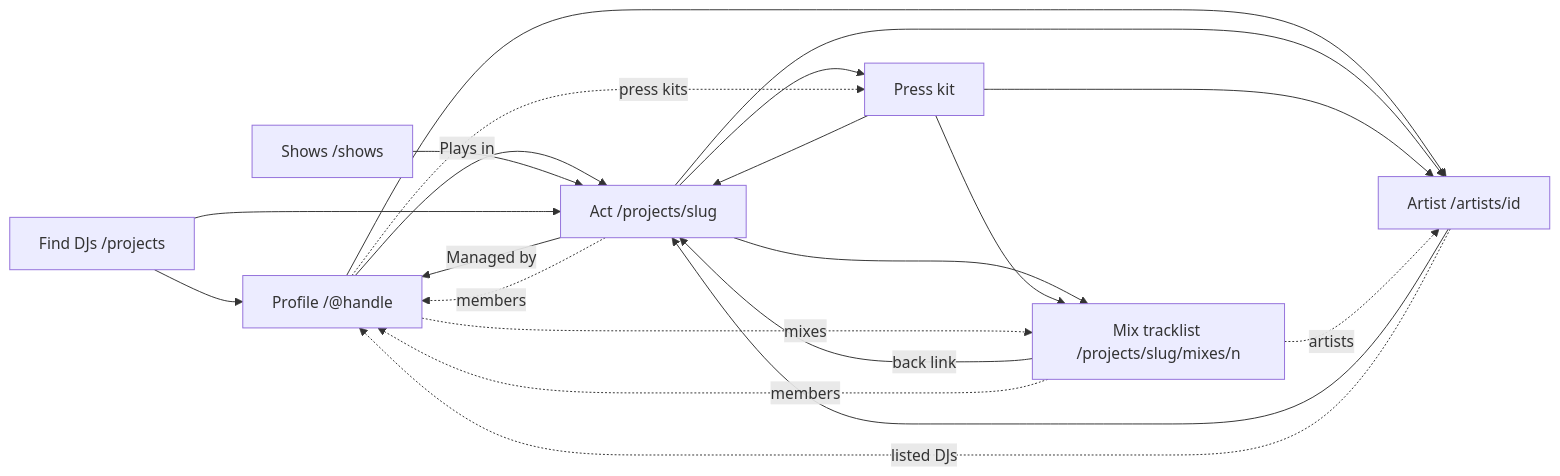
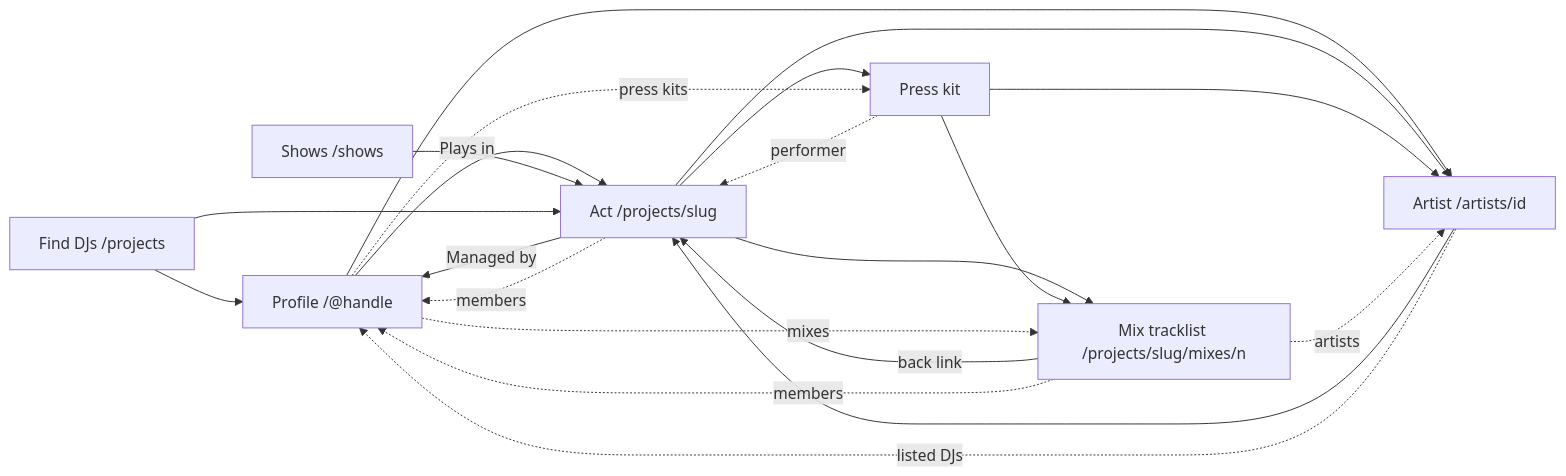
Before and after one commit to cutenode/localnetwork: the second of 2 diagrams in docs/link-matrix.md, drawn with Mermaid. The commit also changed other lines of this file and 9 other files, not shown here.

````diff
--- a/docs/link-matrix.md
+++ b/docs/link-matrix.md
@@ -236,31 +238,31 @@
 ```mermaid
 flowchart LR
     profile["Profile /@handle"]
     act["Act /projects/slug"]
     kit["Press kit"]
     mix["Mix tracklist /projects/slug/mixes/n"]
     shows["Shows /shows"]
     artist["Artist /artists/id"]
     find["Find DJs /projects"]
 
     profile -->|"Plays in"| act
     profile --> artist
     act -->|"Managed by"| profile
     act --> kit
     act --> mix
     act --> artist
-    kit --> act
     kit --> mix
     kit --> artist
     mix -->|"back link"| act
     shows --> act
     artist --> act
     find --> act
     find --> profile
     act -.->|"members"| profile
     profile -.->|"mixes"| mix
     profile -.->|"press kits"| kit
+    kit -.->|"performer"| act
     mix -.->|"artists"| artist
     mix -.->|"members"| profile
     artist -.->|"listed DJs"| profile
 ```
````
